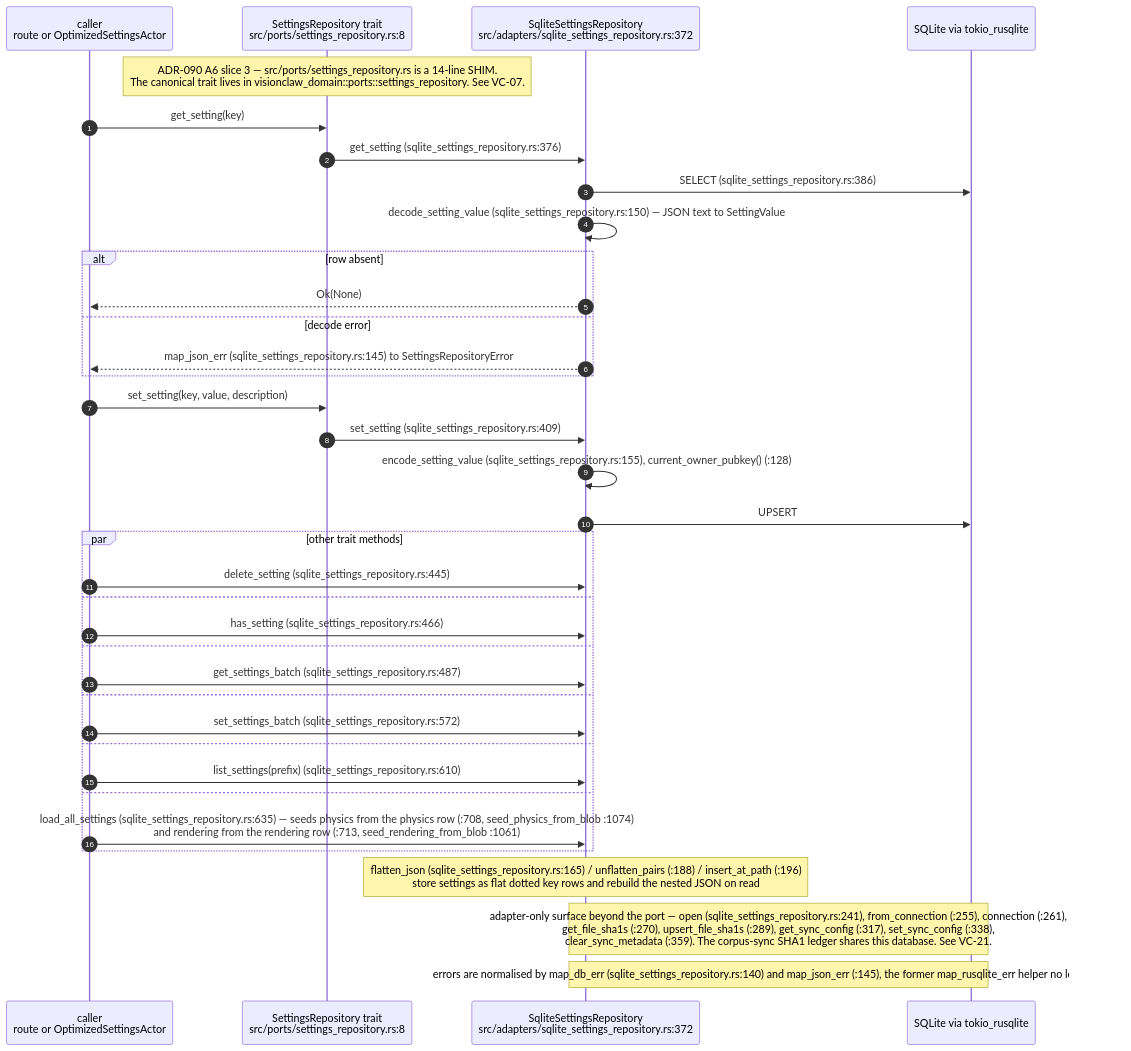
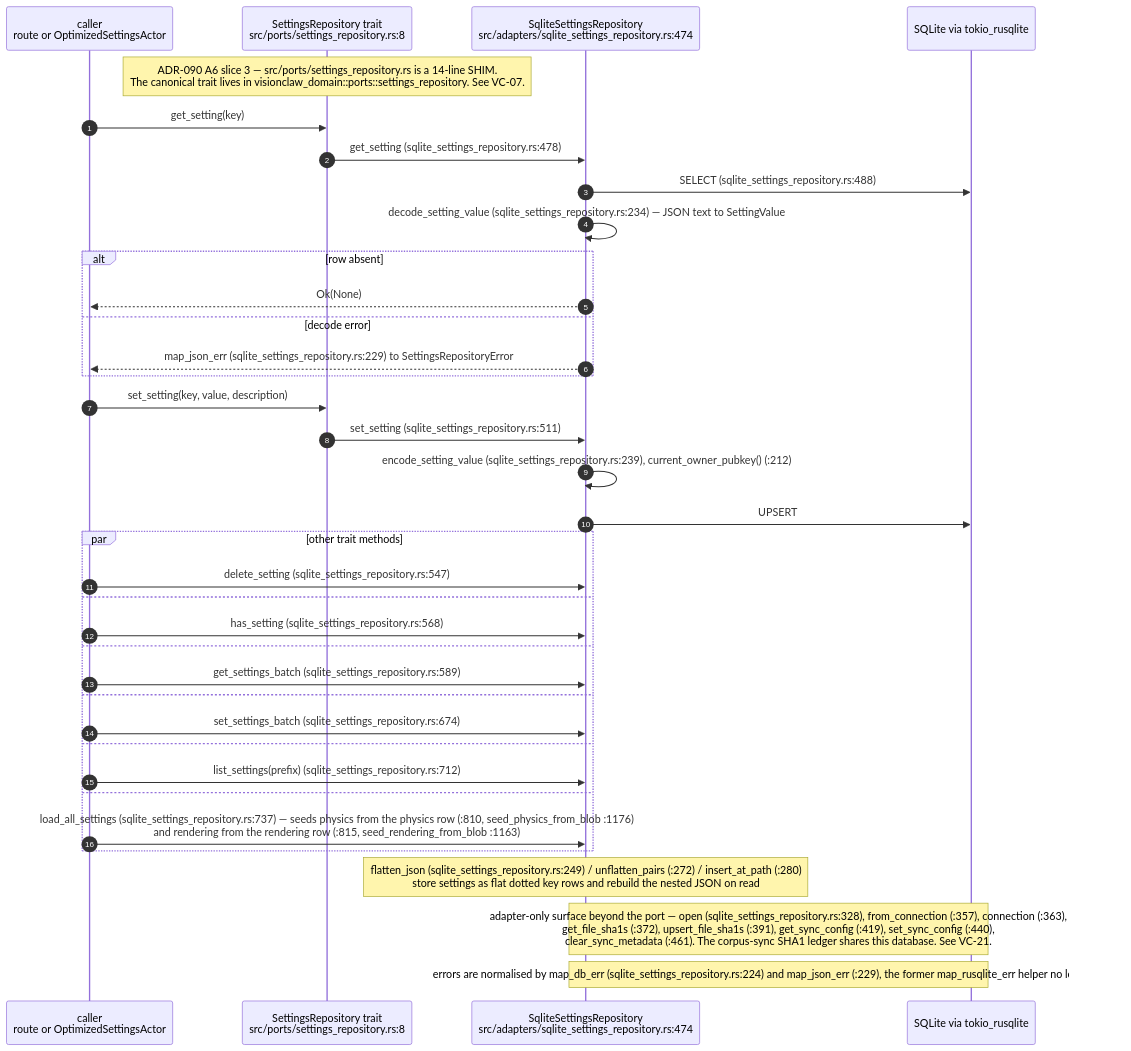
One commit to DreamLab-AI/VisionFlow changed the sixth of 9 diagrams in docs/diagrams/visionclaw/06-settings-round-trip.md. Above: the diagram before and after it, drawn with Mermaid. The commit also changed other lines of this file and 81 other files, not shown here.

First line of the commit message:
docs(diagrams): roll VisionClaw topics to main 010e1109b (PR 37 and 38 merged); fix remaining prose citations

````diff
--- a/docs/diagrams/visionclaw/06-settings-round-trip.md
+++ b/docs/diagrams/visionclaw/06-settings-round-trip.md
@@ -243,39 +244,39 @@
 ```mermaid
 sequenceDiagram
     autonumber
     participant A as caller<br/>route or OptimizedSettingsActor
     participant P as SettingsRepository trait<br/>src/ports/settings_repository.rs:8
-    participant AD as SqliteSettingsRepository<br/>src/adapters/sqlite_settings_repository.rs:372
+    participant AD as SqliteSettingsRepository<br/>src/adapters/sqlite_settings_repository.rs:474
     participant DB as SQLite via tokio_rusqlite
 
     Note over P: ADR-090 A6 slice 3 — src/ports/settings_repository.rs is a 14-line SHIM.<br/>The canonical trait lives in visionclaw_domain::ports::settings_repository. See VC-07.
     A->>P: get_setting(key)
-    P->>AD: get_setting (sqlite_settings_repository.rs:376)
-    AD->>DB: SELECT (sqlite_settings_repository.rs:386)
-    AD->>AD: decode_setting_value (sqlite_settings_repository.rs:150) — JSON text to SettingValue
+    P->>AD: get_setting (sqlite_settings_repository.rs:478)
+    AD->>DB: SELECT (sqlite_settings_repository.rs:488)
+    AD->>AD: decode_setting_value (sqlite_settings_repository.rs:234) — JSON text to SettingValue
     alt row absent
         AD-->>A: Ok(None)
     else decode error
-        AD-->>A: map_json_err (sqlite_settings_repository.rs:145) to SettingsRepositoryError
+        AD-->>A: map_json_err (sqlite_settings_repository.rs:229) to SettingsRepositoryError
     end
     A->>P: set_setting(key, value, description)
-    P->>AD: set_setting (sqlite_settings_repository.rs:409)
-    AD->>AD: encode_setting_value (sqlite_settings_repository.rs:155), current_owner_pubkey() (:128)
+    P->>AD: set_setting (sqlite_settings_repository.rs:511)
+    AD->>AD: encode_setting_value (sqlite_settings_repository.rs:239), current_owner_pubkey() (:212)
     AD->>DB: UPSERT
     par other trait methods
-        A->>AD: delete_setting (sqlite_settings_repository.rs:445)
+        A->>AD: delete_setting (sqlite_settings_repository.rs:547)
     and
-        A->>AD: has_setting (sqlite_settings_repository.rs:466)
+        A->>AD: has_setting (sqlite_settings_repository.rs:568)
     and
-        A->>AD: get_settings_batch (sqlite_settings_repository.rs:487)
+        A->>AD: get_settings_batch (sqlite_settings_repository.rs:589)
     and
-        A->>AD: set_settings_batch (sqlite_settings_repository.rs:572)
+        A->>AD: set_settings_batch (sqlite_settings_repository.rs:674)
     and
-        A->>AD: list_settings(prefix) (sqlite_settings_repository.rs:610)
+        A->>AD: list_settings(prefix) (sqlite_settings_repository.rs:712)
     and
-        A->>AD: load_all_settings (sqlite_settings_repository.rs:635) — seeds physics from the physics row (:708, seed_physics_from_blob :1074)<br/>and rendering from the rendering row (:713, seed_rendering_from_blob :1061)
+        A->>AD: load_all_settings (sqlite_settings_repository.rs:737) — seeds physics from the physics row (:810, seed_physics_from_blob :1176)<br/>and rendering from the rendering row (:815, seed_rendering_from_blob :1163)
     end
-    Note over AD: flatten_json (sqlite_settings_repository.rs:165) / unflatten_pairs (:188) / insert_at_path (:196)<br/>store settings as flat dotted key rows and rebuild the nested JSON on read
-    Note over AD,DB: adapter-only surface beyond the port — open (sqlite_settings_repository.rs:241), from_connection (:255), connection (:261),<br/>get_file_sha1s (:270), upsert_file_sha1s (:289), get_sync_config (:317), set_sync_config (:338),<br/>clear_sync_metadata (:359). The corpus-sync SHA1 ledger shares this database. See VC-21.
-    Note over AD,DB: errors are normalised by map_db_err (sqlite_settings_repository.rs:140) and map_json_err (:145), the former map_rusqlite_err helper no longer exists
+    Note over AD: flatten_json (sqlite_settings_repository.rs:249) / unflatten_pairs (:272) / insert_at_path (:280)<br/>store settings as flat dotted key rows and rebuild the nested JSON on read
+    Note over AD,DB: adapter-only surface beyond the port — open (sqlite_settings_repository.rs:328), from_connection (:357), connection (:363),<br/>get_file_sha1s (:372), upsert_file_sha1s (:391), get_sync_config (:419), set_sync_config (:440),<br/>clear_sync_metadata (:461). The corpus-sync SHA1 ledger shares this database. See VC-21.
+    Note over AD,DB: errors are normalised by map_db_err (sqlite_settings_repository.rs:224) and map_json_err (:229), the former map_rusqlite_err helper no longer exists
 ```
````
